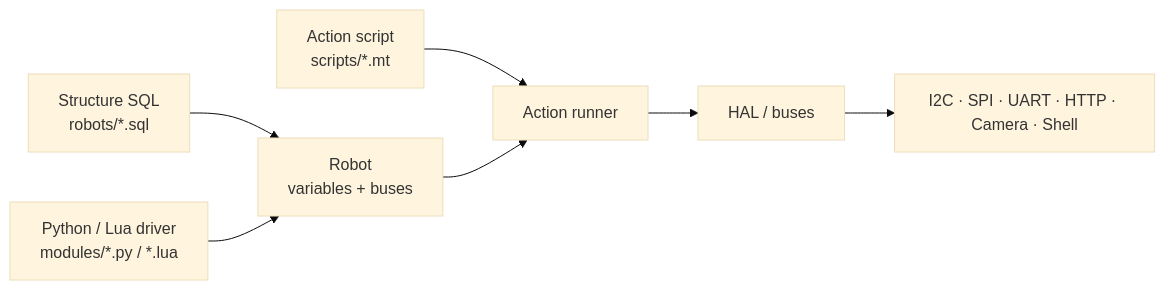
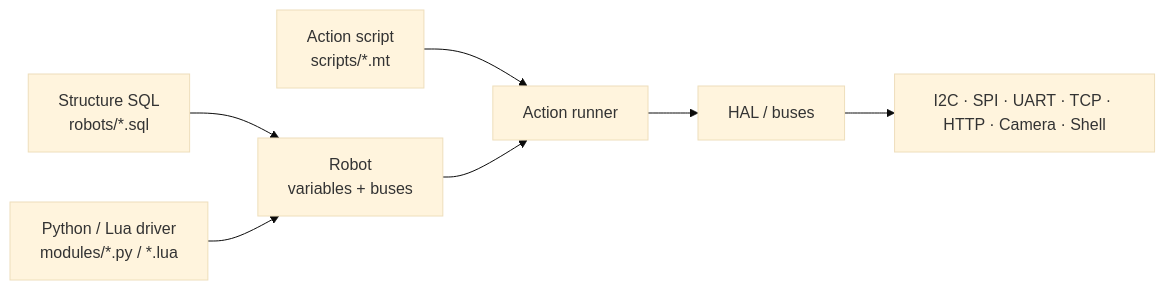
One commit to gopsc/mybot changed the first of 3 diagrams in docs/architecture.md. Above: the diagram before and after it, drawn with Mermaid (base theme). The commit also changed other lines of this file and 11 other files, not shown here.

````diff
--- a/docs/architecture.md
+++ b/docs/architecture.md
@@ -8,9 +8,9 @@
 ```mermaid
 flowchart LR
     SQL["Structure SQL<br/>robots/*.sql"] --> ROBOT["Robot<br/>variables + buses"]
     DRIVER["Python / Lua driver<br/>modules/*.py / *.lua"] --> ROBOT
     MT["Action script<br/>scripts/*.mt"] --> RUNNER["Action runner"]
     ROBOT --> RUNNER
     RUNNER --> HAL["HAL / buses"]
-    HAL --> DEV["I2C · SPI · UART · HTTP · Camera · Shell"]
+    HAL --> DEV["I2C · SPI · UART · TCP · HTTP · Camera · Shell"]
 ```
````
